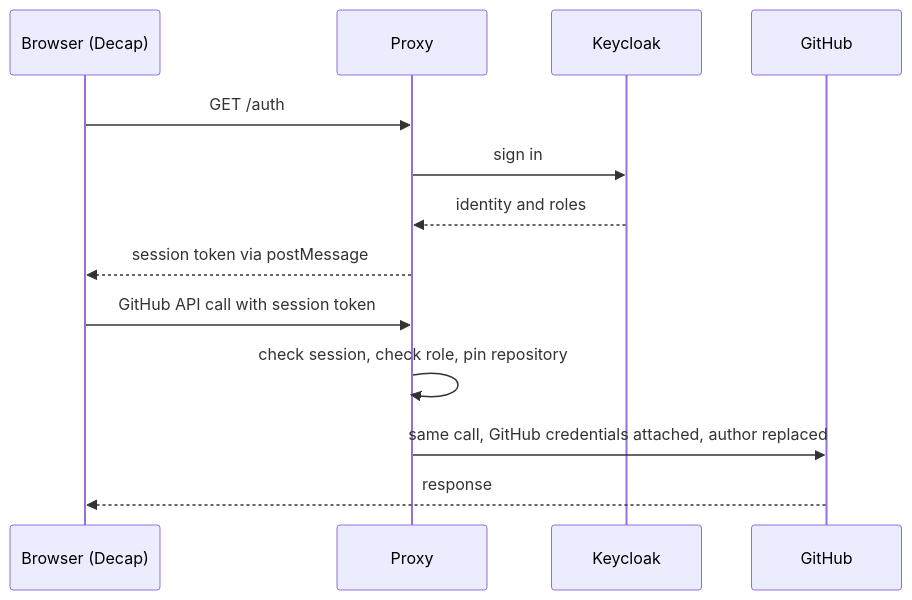
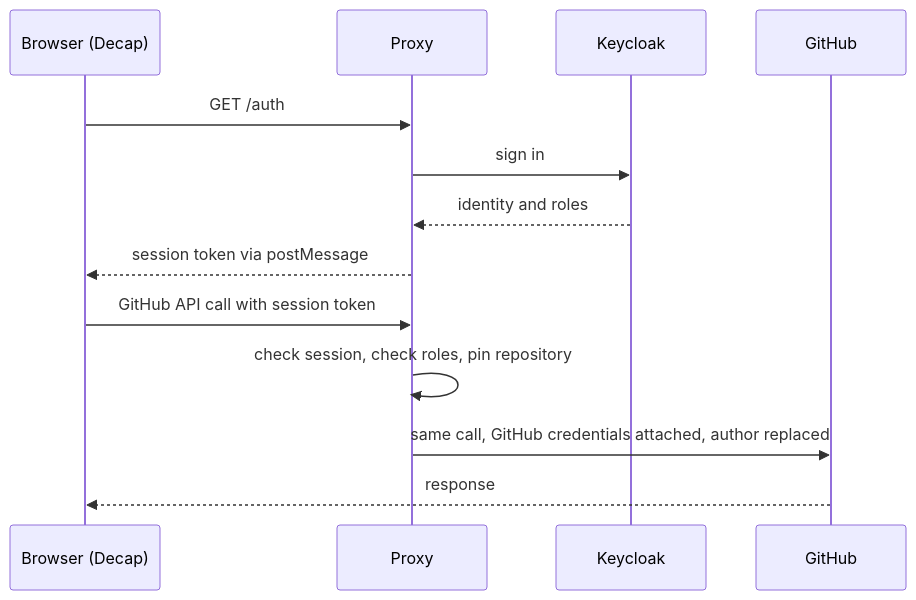
One commit to rvirtaha/prodeko-hack changed the diagram in proxy/README.md. Above: the diagram before and after it, drawn with Mermaid. The commit also changed other lines of this file and 17 other files, not shown here.

````diff
--- a/proxy/README.md
+++ b/proxy/README.md
@@ -18,16 +18,16 @@
 ```mermaid
 sequenceDiagram
     participant B as Browser (Decap)
     participant P as Proxy
     participant K as Keycloak
     participant G as GitHub
 
     B->>P: GET /auth
     P->>K: sign in
     K-->>P: identity and roles
     P-->>B: session token via postMessage
     B->>P: GitHub API call with session token
-    P->>P: check session, check role, pin repository
+    P->>P: check session, check roles, pin repository
     P->>G: same call, GitHub credentials attached, author replaced
     G-->>B: response
 ```
````
